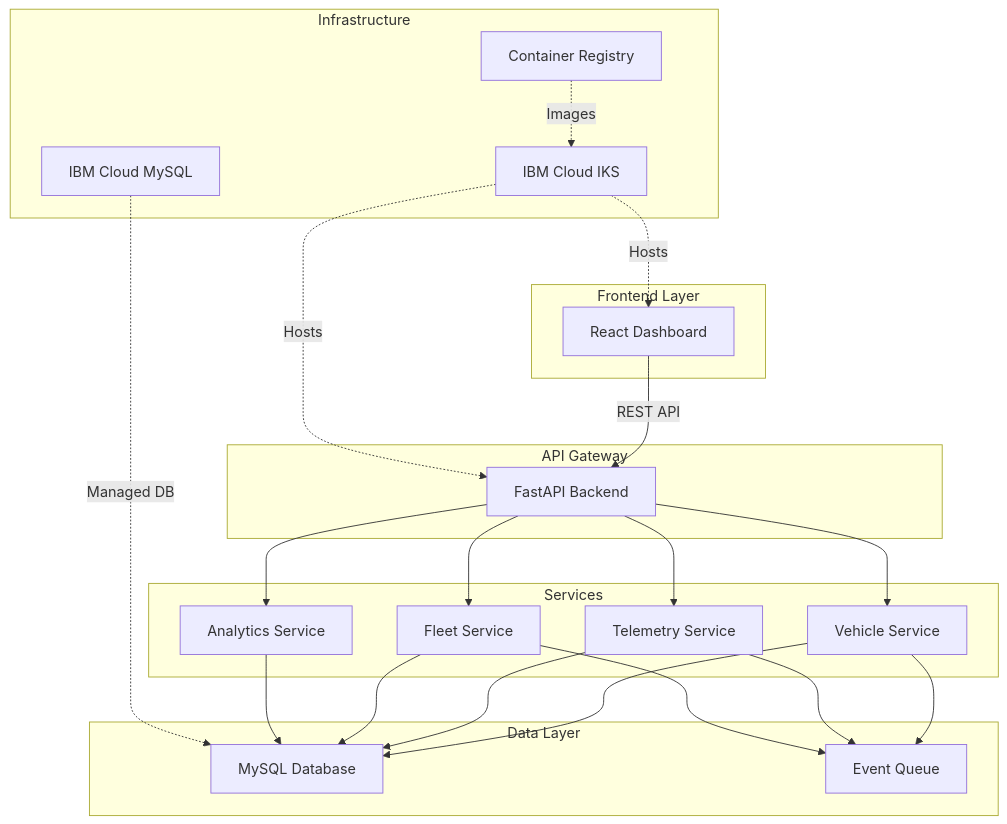
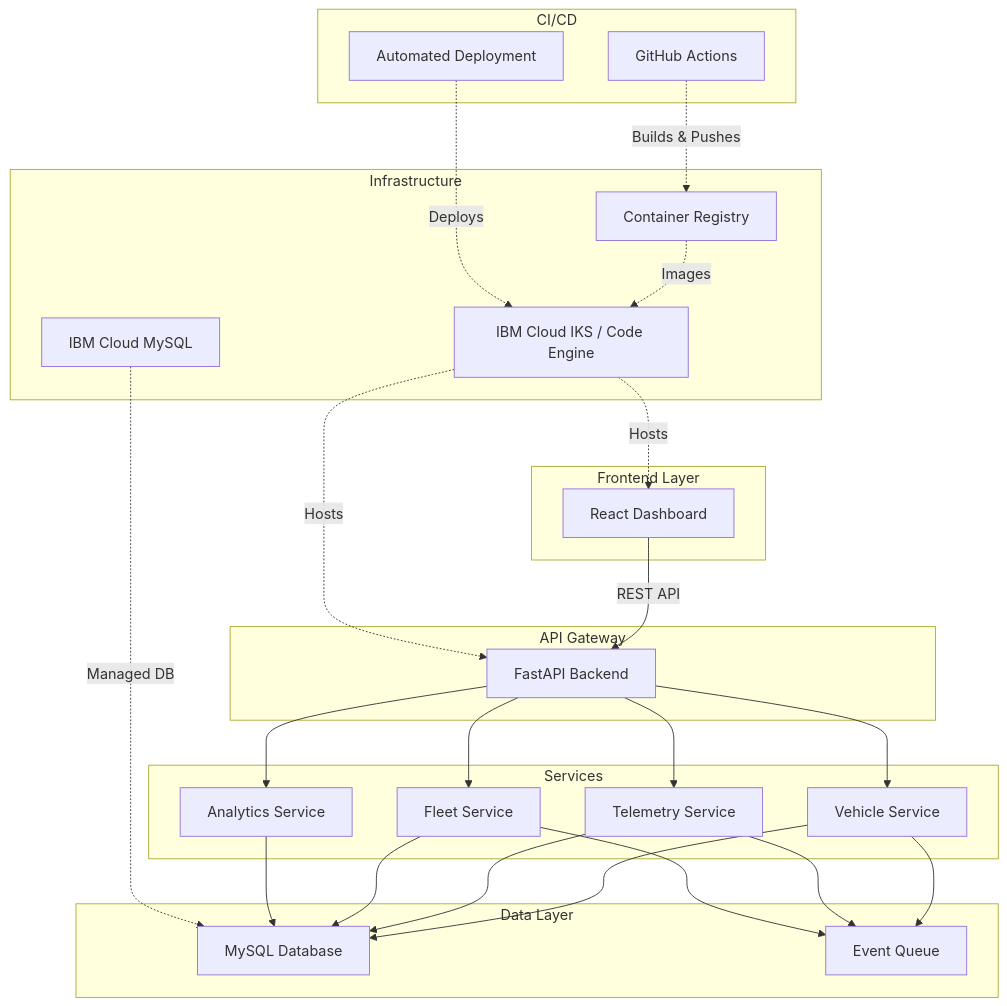
One commit to ric0912/bob_demo changed the diagram in PLAN.md. Above: the diagram before and after it, drawn with Mermaid. The commit also changed other lines of this file and 10 other files, not shown here.

Commit message:
Add IBM Code Engine deployment with SQLite support and CI/CD pipeline

````diff
--- a/PLAN.md
+++ b/PLAN.md
@@ -25,46 +25,53 @@
 ```mermaid
 graph TB
     subgraph "Frontend Layer"
         A[React Dashboard]
     end
     
     subgraph "API Gateway"
         B[FastAPI Backend]
     end
     
     subgraph "Services"
         C[Vehicle Service]
         D[Telemetry Service]
         E[Fleet Service]
         F[Analytics Service]
     end
     
     subgraph "Data Layer"
         G[MySQL Database]
         H[Event Queue]
     end
     
     subgraph "Infrastructure"
-        I[IBM Cloud IKS]
+        I[IBM Cloud IKS / Code Engine]
         J[IBM Cloud MySQL]
         K[Container Registry]
+    end
+    
+    subgraph "CI/CD"
+        L[GitHub Actions]
+        M[Automated Deployment]
     end
     
     A -->|REST API| B
     B --> C
     B --> D
     B --> E
     B --> F
     C --> G
     D --> G
     E --> G
     F --> G
     C --> H
     D --> H
     E --> H
     
     I -.->|Hosts| A
     I -.->|Hosts| B
     J -.->|Managed DB| G
     K -.->|Images| I
+    L -.->|Builds & Pushes| K
+    M -.->|Deploys| I
 ```
````
